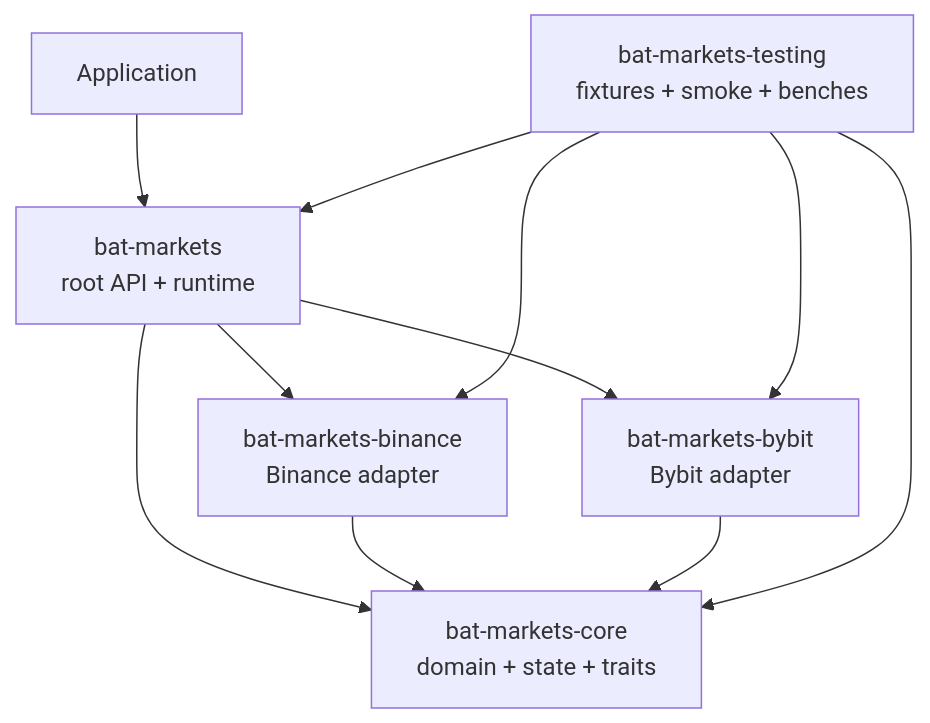
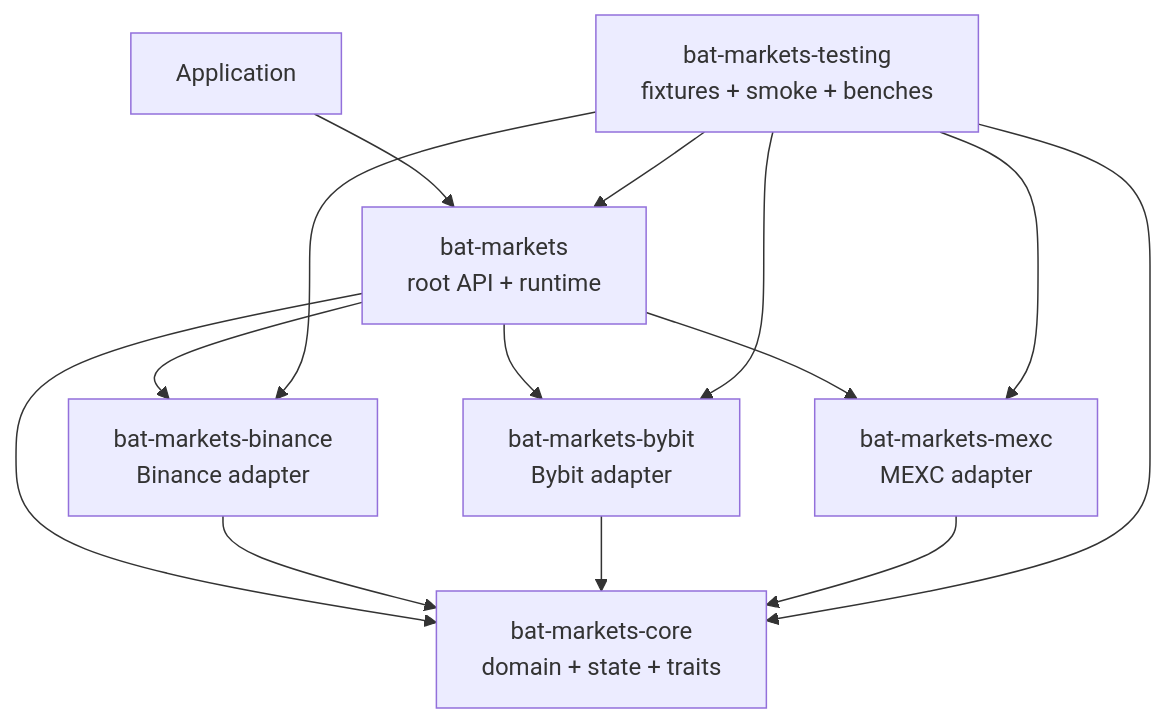
One commit to bat-markets/bat-markets changed the first of 5 diagrams in docs/architecture.md. Above: the diagram before and after it, drawn with Mermaid. The commit also changed other lines of this file and 32 other files, not shown here.

````diff
--- a/docs/architecture.md
+++ b/docs/architecture.md
@@ -57,20 +58,24 @@
 ```mermaid
 flowchart TB
     App["Application"]
     Facade["bat-markets<br/>root API + runtime"]
     Core["bat-markets-core<br/>domain + state + traits"]
     Binance["bat-markets-binance<br/>Binance adapter"]
     Bybit["bat-markets-bybit<br/>Bybit adapter"]
+    Mexc["bat-markets-mexc<br/>MEXC adapter"]
     Testing["bat-markets-testing<br/>fixtures + smoke + benches"]
 
     App --> Facade
     Facade --> Core
     Facade --> Binance
     Facade --> Bybit
+    Facade --> Mexc
     Binance --> Core
     Bybit --> Core
+    Mexc --> Core
     Testing --> Facade
     Testing --> Core
     Testing --> Binance
     Testing --> Bybit
+    Testing --> Mexc
 ```
````
